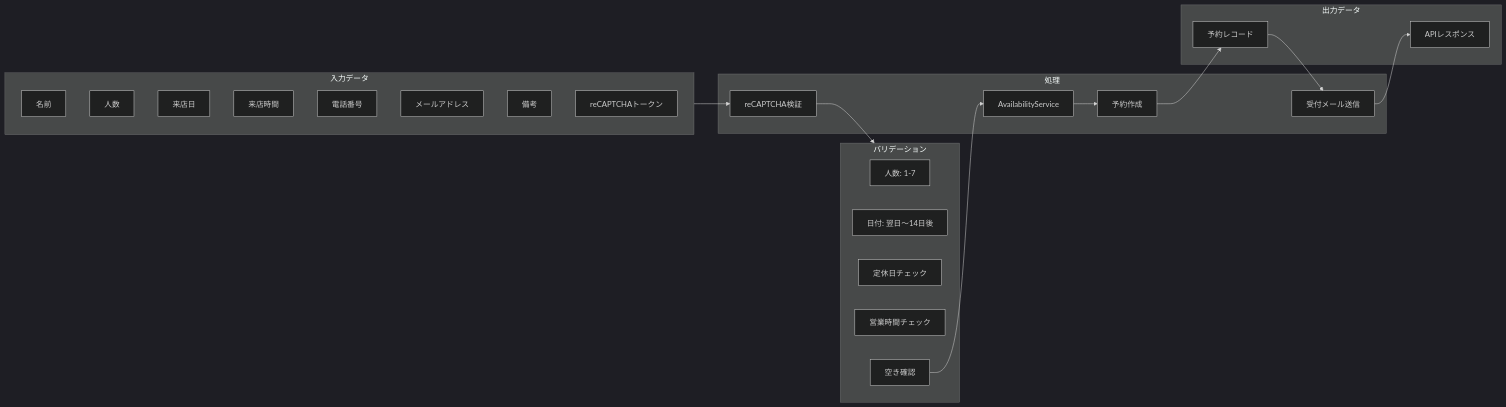
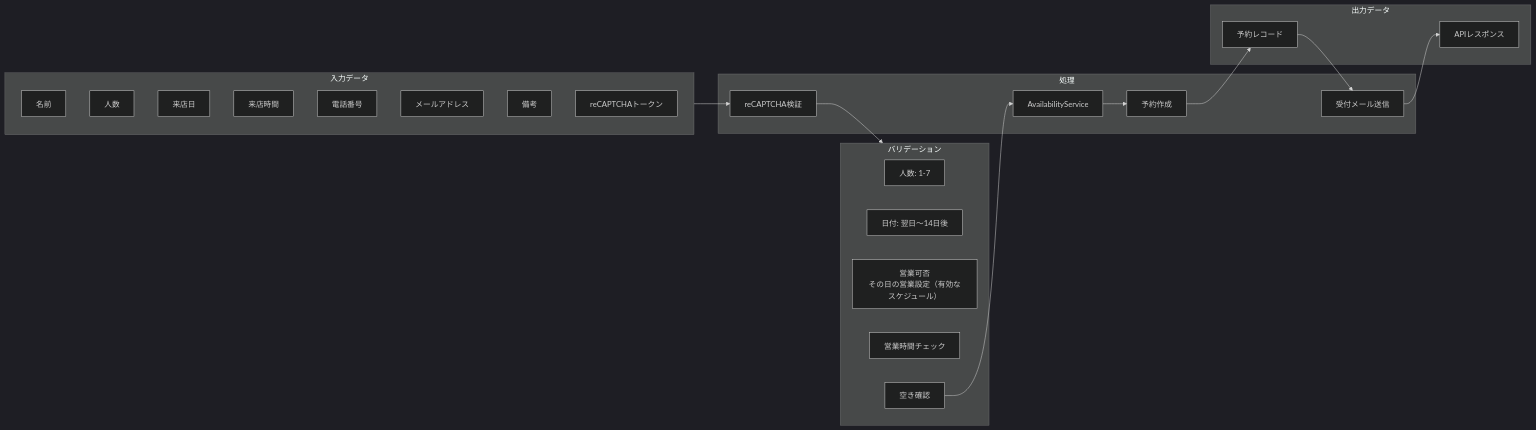
The second of 9 diagrams in docs/data_flow.md (cergijame101007/satehits), drawn with Mermaid (dark theme) before and after one commit. The commit also changed other lines of this file and 30 other files, not shown here.

First line of the commit message:
feat: 予約作成・一覧APIの拡張とschema_migrations移行 (#7)

````diff
--- a/docs/data_flow.md
+++ b/docs/data_flow.md
@@ -48,41 +48,41 @@
 ```mermaid
 flowchart LR
     subgraph Input[入力データ]
         Name[名前]
         People[人数]
         Date[来店日]
         Time[来店時間]
         Phone[電話番号]
         Email[メールアドレス]
         Note[備考]
         Token[reCAPTCHAトークン]
     end
 
     subgraph Validation[バリデーション]
         V1[人数: 1-7]
         V2[日付: 翌日〜14日後]
-        V3[定休日チェック]
+        V3[営業可否<br/>その日の営業設定（有効なスケジュール）]
         V4[営業時間チェック]
         V5[空き確認]
     end
 
     subgraph Process[処理]
         ReCaptcha[reCAPTCHA検証]
         AvailService[AvailabilityService]
         Create[予約作成]
         SendMail[受付メール送信]
     end
 
     subgraph Output[出力データ]
         Reservation[予約レコード]
         Response[APIレスポンス]
     end
 
     Input --> ReCaptcha
     ReCaptcha --> Validation
     V5 --> AvailService
     AvailService --> Create
     Create --> Reservation
     Reservation --> SendMail
     SendMail --> Response
 ```
````
